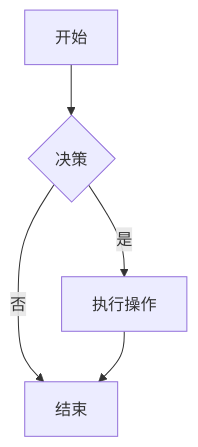
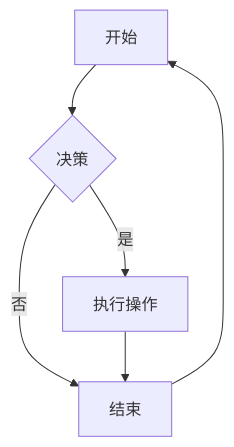
Before and after one commit to pqqqYa/electronic-tombstonev: the diagram in Gpt/GPT使用指导.md, drawn with Mermaid. The commit also changed 1 other file, not shown here.

Commit message:
vault backup: 2025-02-26 14:54:41

````diff
--- a/Gpt/GPT使用指导.md
+++ b/Gpt/GPT使用指导.md
@@ -33,7 +33,8 @@
    ```mermaid
    graph TD;
       A[开始] --> B{决策};
       B -- 是 --> C[执行操作];
       B -- 否 --> D[结束];
       C --> D;
+      D --> A
    ```
````
